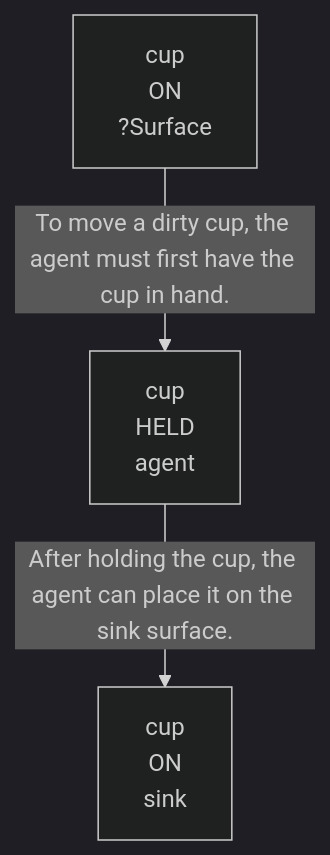
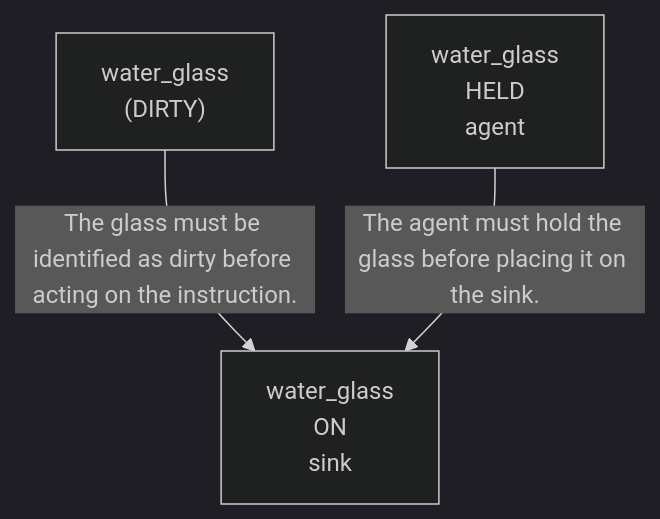
One commit to scuama/virtualhome changed the sixth of 12 diagrams in evaluation/results/table3/robostate/runs/without_memory/M1_03/run_T3_without_memory_M1_03.md. Above: the diagram before and after it, drawn with Mermaid (dark theme). The commit also changed other lines of this file and 507 other files, not shown here.

````diff
--- a/evaluation/results/table3/robostate/runs/without_memory/M1_03/run_T3_without_memory_M1_03.md
+++ b/evaluation/results/table3/robostate/runs/without_memory/M1_03/run_T3_without_memory_M1_03.md
@@ -136,8 +442,8 @@
 ```mermaid
 graph TD
-    N1["cup<br>ON<br>?Surface"]
-    N2["cup<br>HELD<br>agent"]
-    N3["cup<br>ON<br>sink"]
-    N1 -->|"To move a dirty cup, the agent must first have the cup in hand."| N2
-    N2 -->|"After holding the cup, the agent can place it on the sink surface."| N3
+    N1["water_glass<br>ON<br>sink"]
+    N2["water_glass<br>(DIRTY)"]
+    N3["water_glass<br>HELD<br>agent"]
+    N2 -->|"The glass must be identified as dirty before acting on the instruction."| N1
+    N3 -->|"The agent must hold the glass before placing it on the sink."| N1
 ```
````
